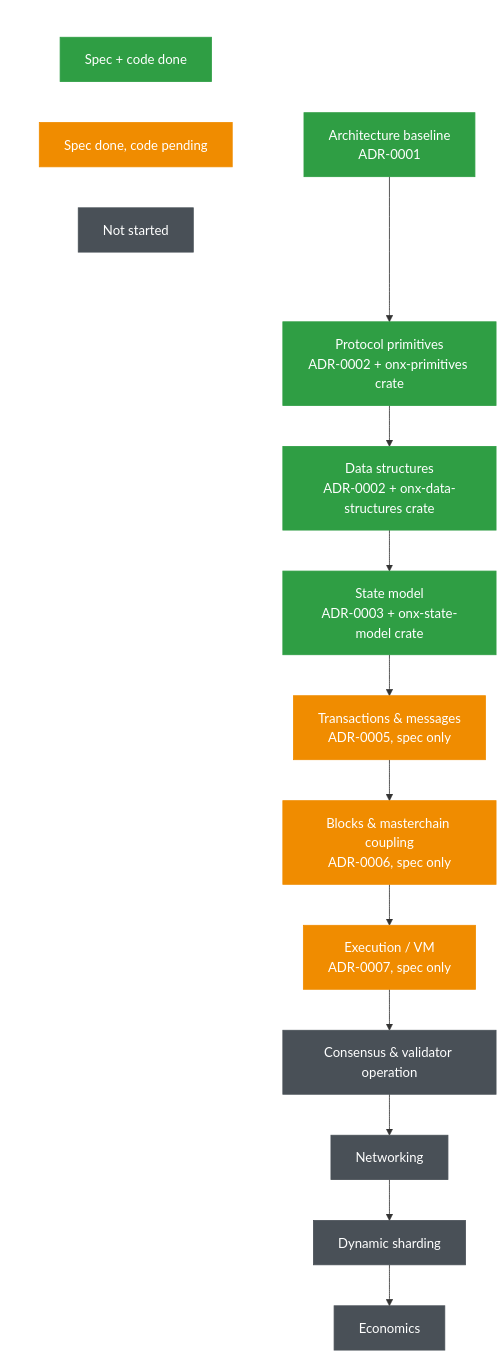
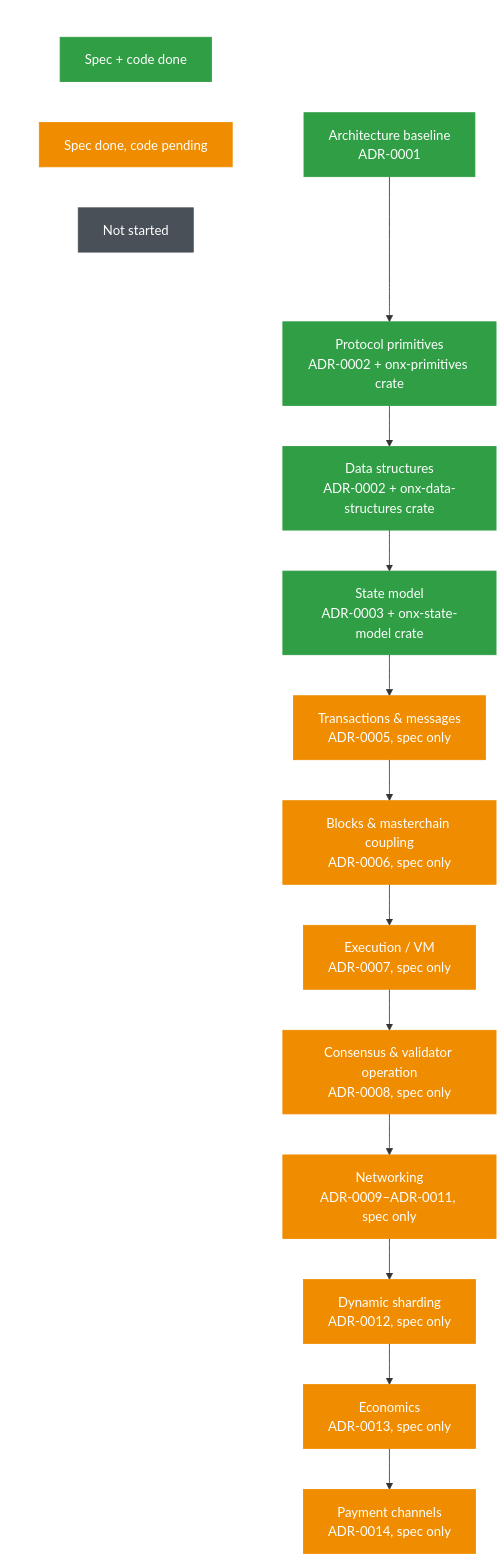
Before and after one commit to polkkimono-svg/The-Open-Network-X: the diagram in README.md, drawn with Mermaid.

Commit message:
docs: align Mermaid diagram with status table in README.md
Update nodes H-K in the README.md Mermaid flowchart to use specOnly
styling and reference their respective ADRs. Add Payment Channels node
(node L with ADR-0014) to maintain consistency with the specification
status table.

````diff
--- a/README.md
+++ b/README.md
@@ -103,28 +103,29 @@
 ```mermaid
 flowchart TD
     subgraph Legend[" "]
         direction LR
         L1["Spec + code done"]:::done
         L2["Spec done, code pending"]:::specOnly
         L3["Not started"]:::todo
     end
 
     A["Architecture baseline<br/>ADR-0001"]:::done
     B["Protocol primitives<br/>ADR-0002 + onx-primitives crate"]:::done
     C["Data structures<br/>ADR-0002 + onx-data-structures crate"]:::done
     D["State model<br/>ADR-0003 + onx-state-model crate"]:::done
     E["Transactions & messages<br/>ADR-0005, spec only"]:::specOnly
     F["Blocks & masterchain coupling<br/>ADR-0006, spec only"]:::specOnly
     G["Execution / VM<br/>ADR-0007, spec only"]:::specOnly
-    H["Consensus & validator operation"]:::todo
-    I["Networking"]:::todo
-    J["Dynamic sharding"]:::todo
-    K["Economics"]:::todo
+    H["Consensus & validator operation<br/>ADR-0008, spec only"]:::specOnly
+    I["Networking<br/>ADR-0009–ADR-0011, spec only"]:::specOnly
+    J["Dynamic sharding<br/>ADR-0012, spec only"]:::specOnly
+    K["Economics<br/>ADR-0013, spec only"]:::specOnly
+    L["Payment channels<br/>ADR-0014, spec only"]:::specOnly
 
-    A --> B --> C --> D --> E --> F --> G --> H --> I --> J --> K
+    A --> B --> C --> D --> E --> F --> G --> H --> I --> J --> K --> L
 
     classDef done fill:#2f9e44,stroke:#2f9e44,color:#fff
     classDef specOnly fill:#f08c00,stroke:#f08c00,color:#fff
     classDef todo fill:#495057,stroke:#495057,color:#fff
     style Legend fill:transparent,stroke:transparent
 ```
````
